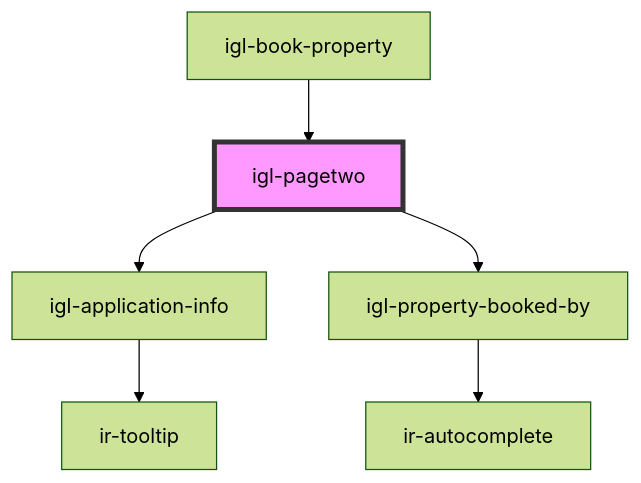
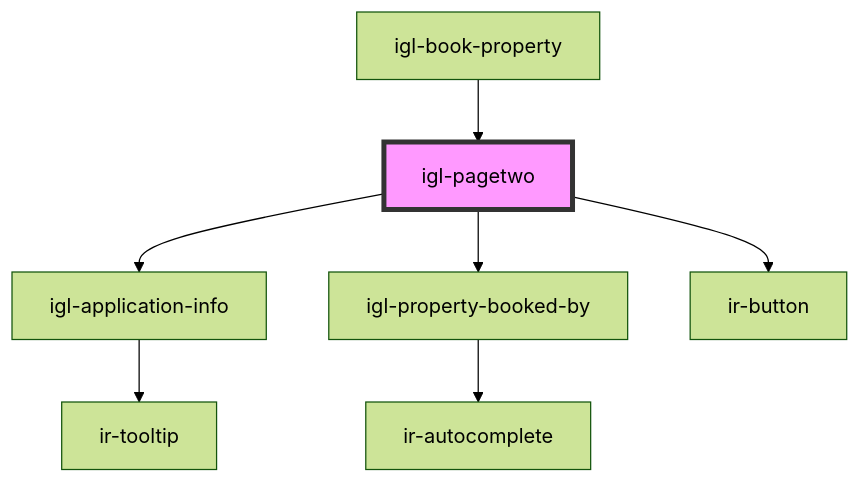
One commit to David1Chowaifaty/modified-ir-webcmp changed the diagram in src/components/igloo-calendar/igl-pagetwo/readme.md. Above: the diagram before and after it, drawn with Mermaid (forest theme). The commit also changed other lines of this file and 1722 other files, not shown here.

````diff
--- a/src/components/igloo-calendar/igl-pagetwo/readme.md
+++ b/src/components/igloo-calendar/igl-pagetwo/readme.md
@@ -49,9 +50,10 @@
 ```mermaid
 graph TD;
   igl-pagetwo --> igl-application-info
   igl-pagetwo --> igl-property-booked-by
+  igl-pagetwo --> ir-button
   igl-application-info --> ir-tooltip
   igl-property-booked-by --> ir-autocomplete
   igl-book-property --> igl-pagetwo
   style igl-pagetwo fill:#f9f,stroke:#333,stroke-width:4px
 ```
````
